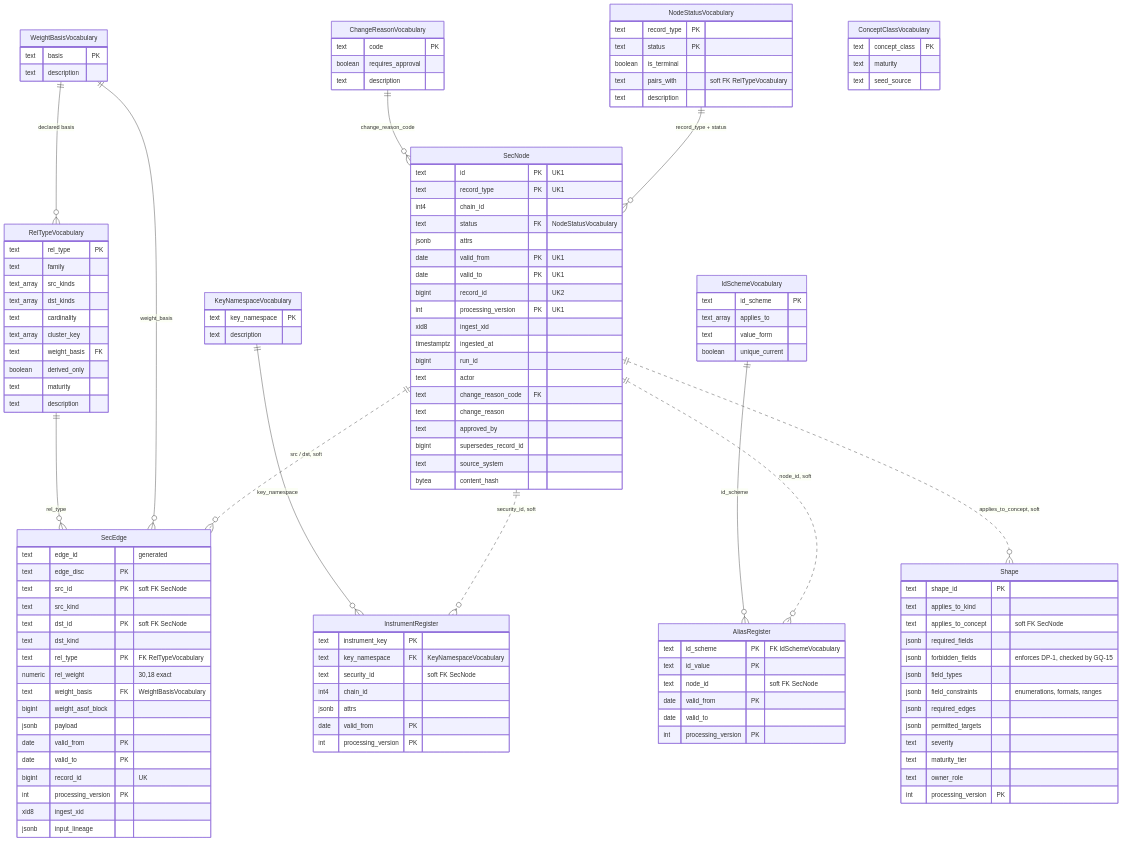
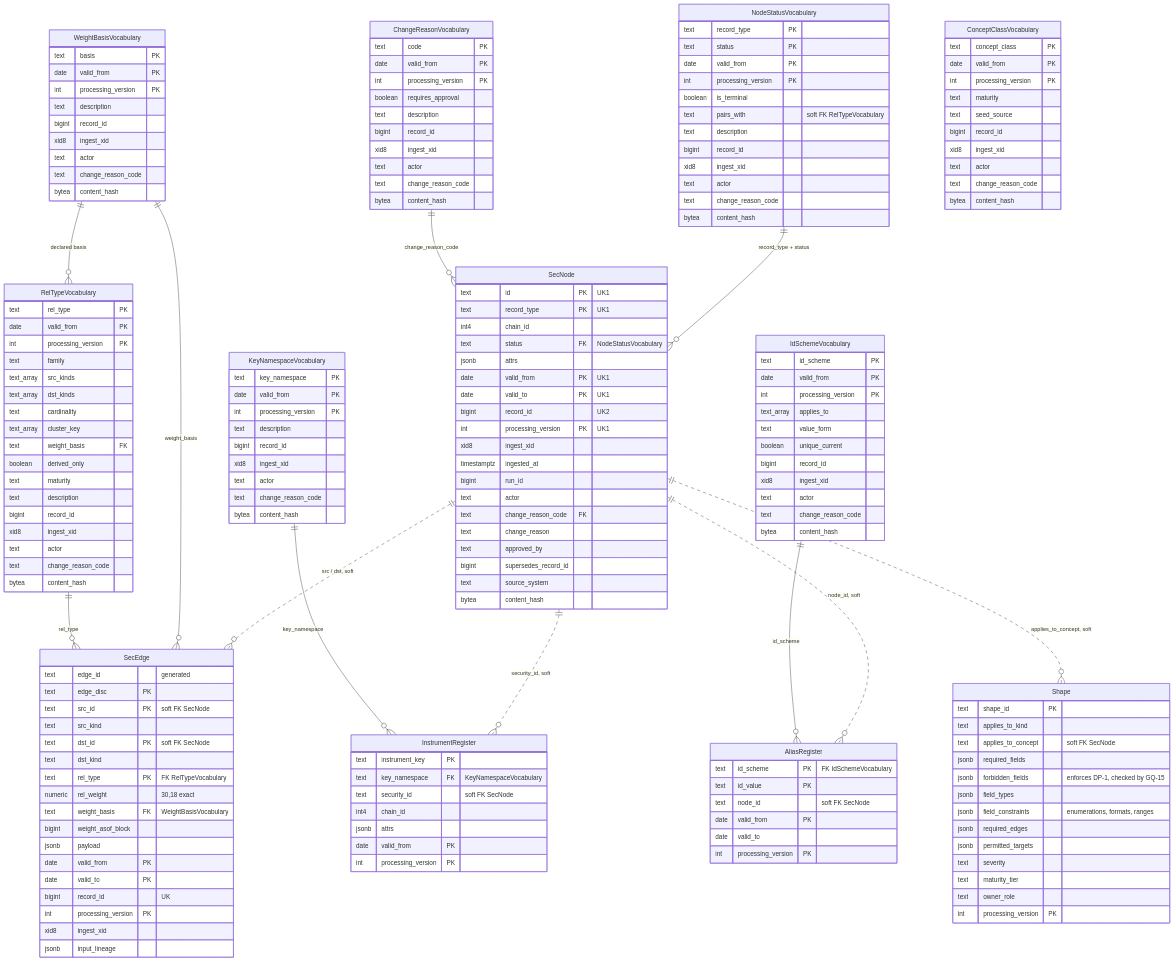
One commit to archon-research/stl changed the first of 4 diagrams in docs/adr/0007-combined-master-and-relationship-store.md. Above: the diagram before and after it, drawn with Mermaid. The commit also changed other lines of this file, not shown here.

Commit message:
ADR-0007: the governed vocabularies are versioned, not seed-once
All seven carry valid_from and processing_version in the PK plus the §4
provenance block, which is what ADR-0006 §1/§4 asks of a config table and what
oracle_asset already does.

Seed-once is rejected because three columns already name transitions an
unversioned table cannot represent — maturity, IdSchemeVocabulary.unique_current
and rel_type_vocabulary.cluster_key — and the observed cost is six concept_class
values permanently stuck at draft, with UPDATE blocked by the append-only
trigger and a successor row colliding on the natural key.

The price is recorded rather than left to be discovered: the natural key stops
being unique, so rel_type, weight_basis, change_reason_code and (record_type,
status) stop being engine foreign keys and become soft references through each
vocabulary's current view. GQ-01 and GQ-03 move from engine to validator,
joining GQ-05. The GQ table says so.

```diff
--- a/docs/adr/0007-combined-master-and-relationship-store.md
+++ b/docs/adr/0007-combined-master-and-relationship-store.md
@@ -327,6 +327,8 @@
     }
     RelTypeVocabulary {
         text rel_type PK
+        date valid_from PK
+        int processing_version PK
         text family
         text_array src_kinds
         text_array dst_kinds
@@ -336,37 +338,84 @@
         boolean derived_only
         text maturity
         text description
+        bigint record_id
+        xid8 ingest_xid
+        text actor
+        text change_reason_code
+        bytea content_hash
     }
     NodeStatusVocabulary {
         text record_type PK
         text status PK
+        date valid_from PK
+        int processing_version PK
         boolean is_terminal
         text pairs_with "soft FK RelTypeVocabulary"
         text description
+        bigint record_id
+        xid8 ingest_xid
+        text actor
+        text change_reason_code
+        bytea content_hash
     }
     WeightBasisVocabulary {
         text basis PK
+        date valid_from PK
+        int processing_version PK
         text description
+        bigint record_id
+        xid8 ingest_xid
+        text actor
+        text change_reason_code
+        bytea content_hash
     }
     ChangeReasonVocabulary {
         text code PK
+        date valid_from PK
+        int processing_version PK
         boolean requires_approval
         text description
+        bigint record_id
+        xid8 ingest_xid
+        text actor
+        text change_reason_code
+        bytea content_hash
     }
     ConceptClassVocabulary {
         text concept_class PK
+        date valid_from PK
+        int processing_version PK
         text maturity
         text seed_source
+        bigint record_id
+        xid8 ingest_xid
+        text actor
+        text change_reason_code
+        bytea content_hash
     }
     KeyNamespaceVocabulary {
         text key_namespace PK
+        date valid_from PK
+        int processing_version PK
         text description
+        bigint record_id
+        xid8 ingest_xid
+        text actor
+        text change_reason_code
+        bytea content_hash
     }
     IdSchemeVocabulary {
         text id_scheme PK
+        date valid_from PK
+        int processing_version PK
         text_array applies_to
         text value_form
         boolean unique_current
+        bigint record_id
+        xid8 ingest_xid
+        text actor
+        text change_reason_code
+        bytea content_hash
     }
 
     RelTypeVocabulary ||--o{ SecEdge : "rel_type"
```
